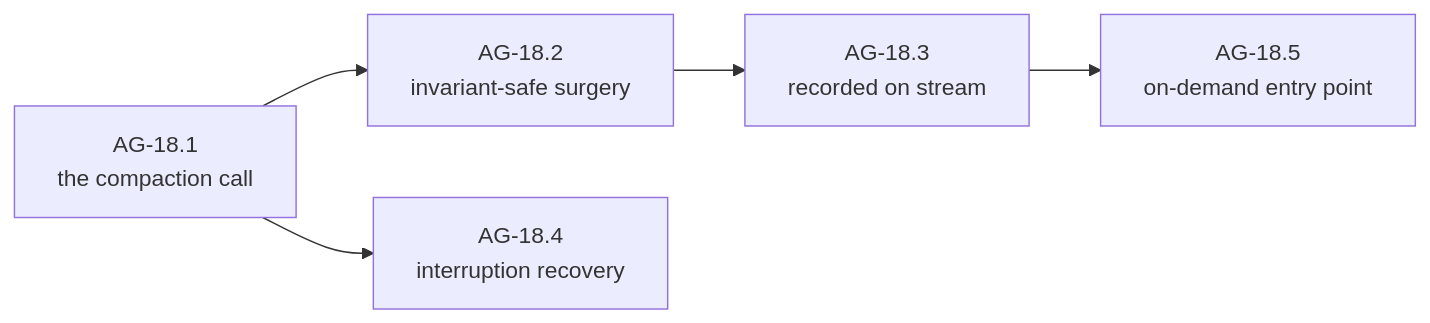
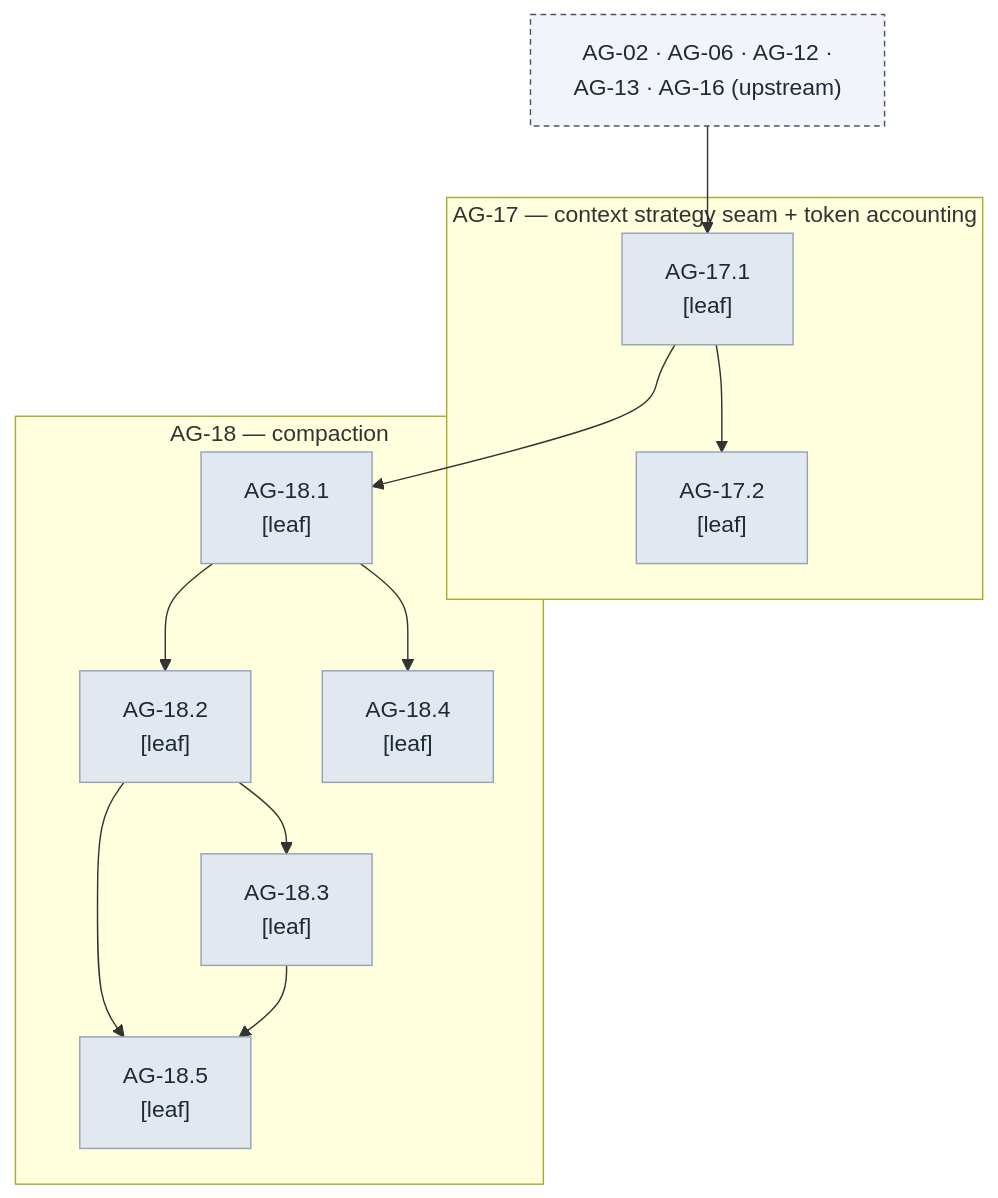
One commit to witsaba/cachicamas changed diagram 19 of 28 in docs/architecture/milestones/0003-cachicamas-agent-layer-2-task-graph.md. Above: the diagram before and after it, drawn with Mermaid. The commit also changed other lines of this file and 3 other files, not shown here.

````diff
--- a/docs/architecture/milestones/0003-cachicamas-agent-layer-2-task-graph.md
+++ b/docs/architecture/milestones/0003-cachicamas-agent-layer-2-task-graph.md
@@ -801,7 +1552,28 @@
 ```mermaid
-flowchart LR
-    M1["AG-18.1<br/>the compaction call"] --> M2["AG-18.2<br/>invariant-safe surgery"]
-    M2 --> M3["AG-18.3<br/>recorded on stream"]
-    M1 --> M4["AG-18.4<br/>interruption recovery"]
-    M3 --> M5["AG-18.5<br/>on-demand entry point"]
+flowchart TB
+    GATE["AG-02 · AG-06 · AG-12 ·<br/>AG-13 · AG-16 (upstream)"]
+    subgraph AG17["AG-17 — context strategy seam + token accounting"]
+        AG17_1["AG-17.1<br/>[leaf]"]
+        AG17_2["AG-17.2<br/>[leaf]"]
+        AG17_1 --> AG17_2
+    end
+    subgraph AG18["AG-18 — compaction"]
+        AG18_1["AG-18.1<br/>[leaf]"]
+        AG18_2["AG-18.2<br/>[leaf]"]
+        AG18_3["AG-18.3<br/>[leaf]"]
+        AG18_4["AG-18.4<br/>[leaf]"]
+        AG18_5["AG-18.5<br/>[leaf]"]
+        AG18_1 --> AG18_2
+        AG18_2 --> AG18_3
+        AG18_1 --> AG18_4
+        AG18_2 --> AG18_5
+        AG18_3 --> AG18_5
+    end
+    GATE --> AG17_1
+    AG17_1 --> AG18_1
+
+    classDef leaf fill:#e2e8f0,stroke:#94a3b8,color:#1f2937
+    classDef gate fill:#f1f5f9,stroke:#475569,color:#1f2937,stroke-dasharray: 4 3
+    class AG17_1,AG17_2,AG18_1,AG18_2,AG18_3,AG18_4,AG18_5 leaf
+    class GATE gate
 ```
````
